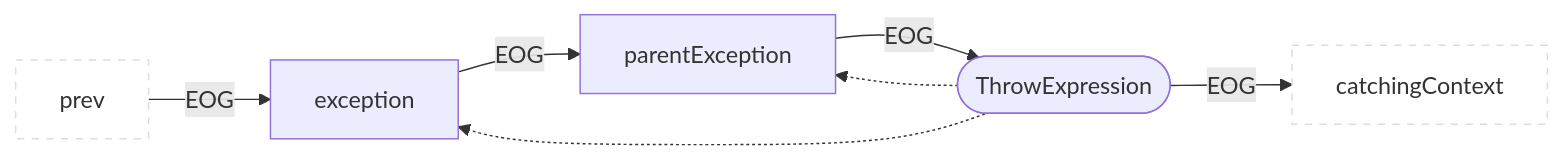
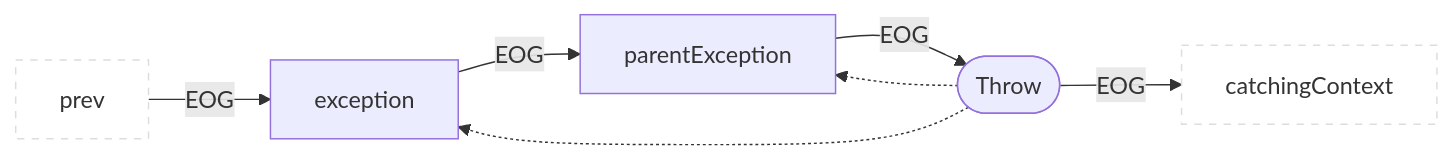
Diagram 18 of 49 in docs/docs/CPG/specs/eog.md (Fraunhofer-AISEC/cpg), drawn with Mermaid before and after one commit. The commit also changed other lines of this file and 403 other files, not shown here.

````diff
--- a/docs/docs/CPG/specs/eog.md
+++ b/docs/docs/CPG/specs/eog.md
@@ -371,10 +371,10 @@
 ```mermaid
 flowchart LR
   classDef outer fill:#fff,stroke:#ddd,stroke-dasharray:5 5;
   prev:::outer --EOG--> child1["exception"]
   child1 --EOG--> child2["parentException"]
   child2 --EOG-->parent
-  parent(["ThrowExpression"]) --EOG--> catchingContext:::outer
+  parent(["Throw"]) --EOG--> catchingContext:::outer
   parent -.-> child1
   parent -.-> child2
 ```
````
